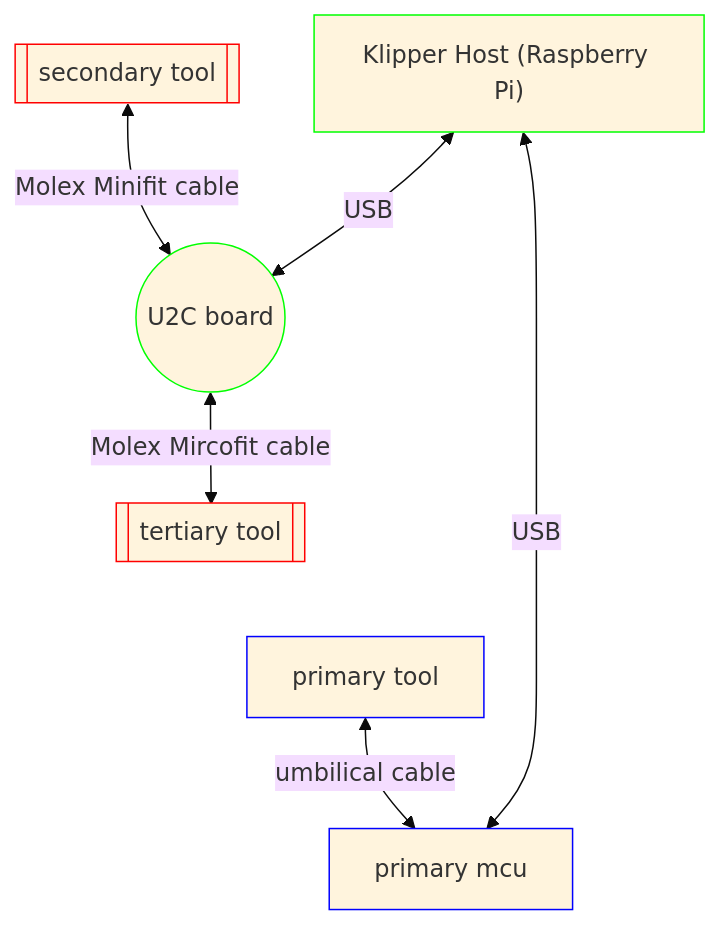
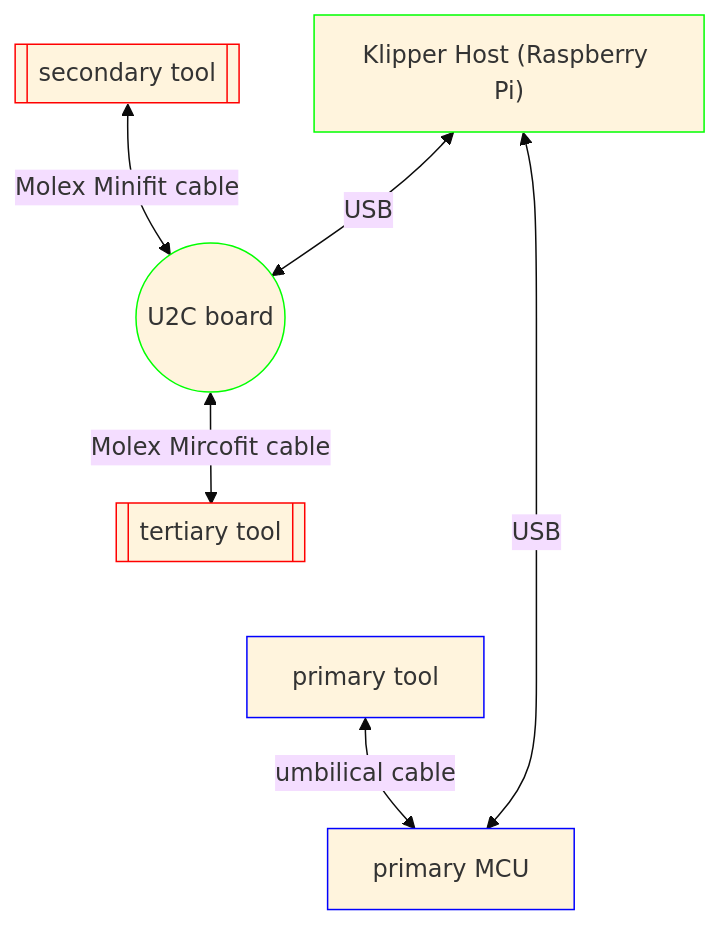
The second of 8 diagrams in can.md (willpuckett/kb_can), drawn with Mermaid (base theme) before and after one commit. The commit also changed other lines of this file, not shown here.

Commit message:
include termination in diagrams

````diff
--- a/can.md
+++ b/can.md
@@ -154,19 +164,19 @@
 ```mermaid
 graph TD;
     classDef term stroke:#f00
     classDef can stroke:#0f0
     classDef nc stroke:#00f
 
-    sbc["Klipper Host (Raspberry Pi)"]:::can
+    SBC["Klipper Host (Raspberry Pi)"]:::can
     u2c((U2C board)):::can
     t0[primary tool]:::nc
     t1[[secondary tool]]:::term
     t2[[tertiary tool]]:::term
-    primary[primary mcu]:::nc
+    primary[primary MCU]:::nc
 
     t1 <--Molex Minifit cable--> u2c
-    sbc <--USB--> u2c 
+    SBC <--USB--> u2c 
     u2c <--Molex Mircofit cable-->  t2  
     t0 <-- umbilical cable--> primary
-    sbc <--USB-----> primary
+    SBC <--USB-----> primary
 ```
````
